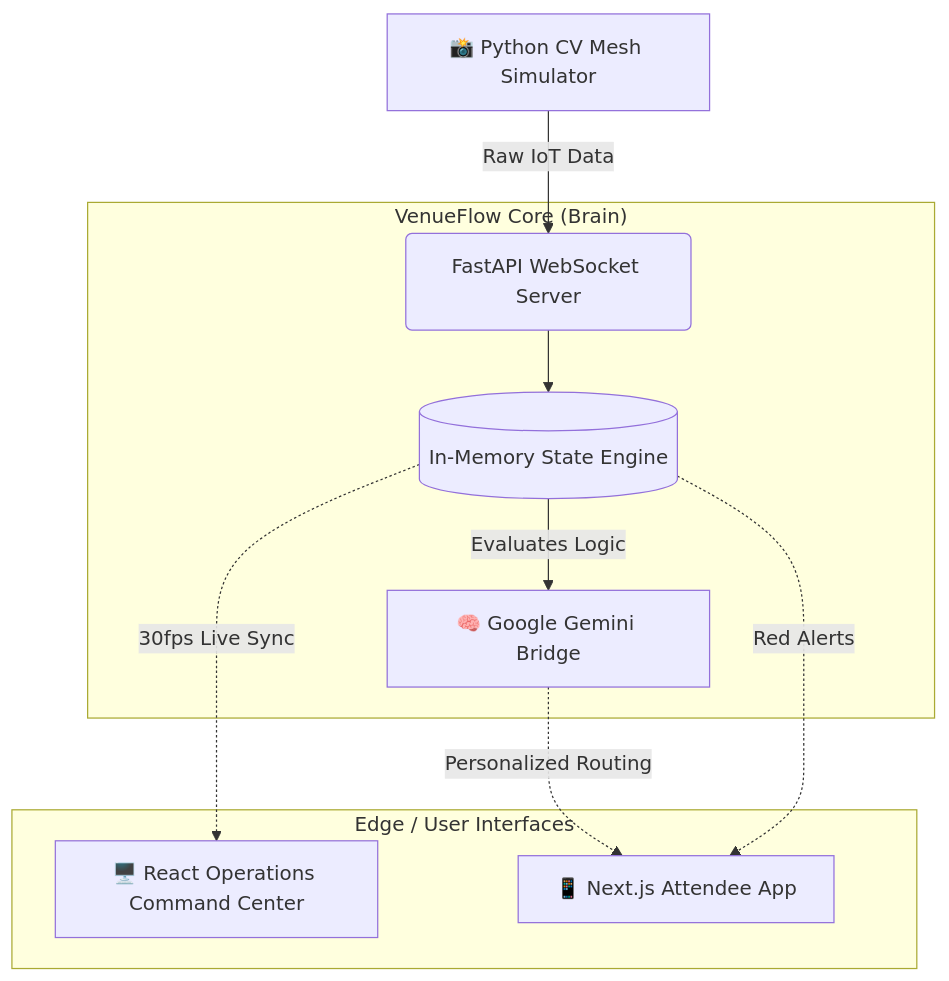
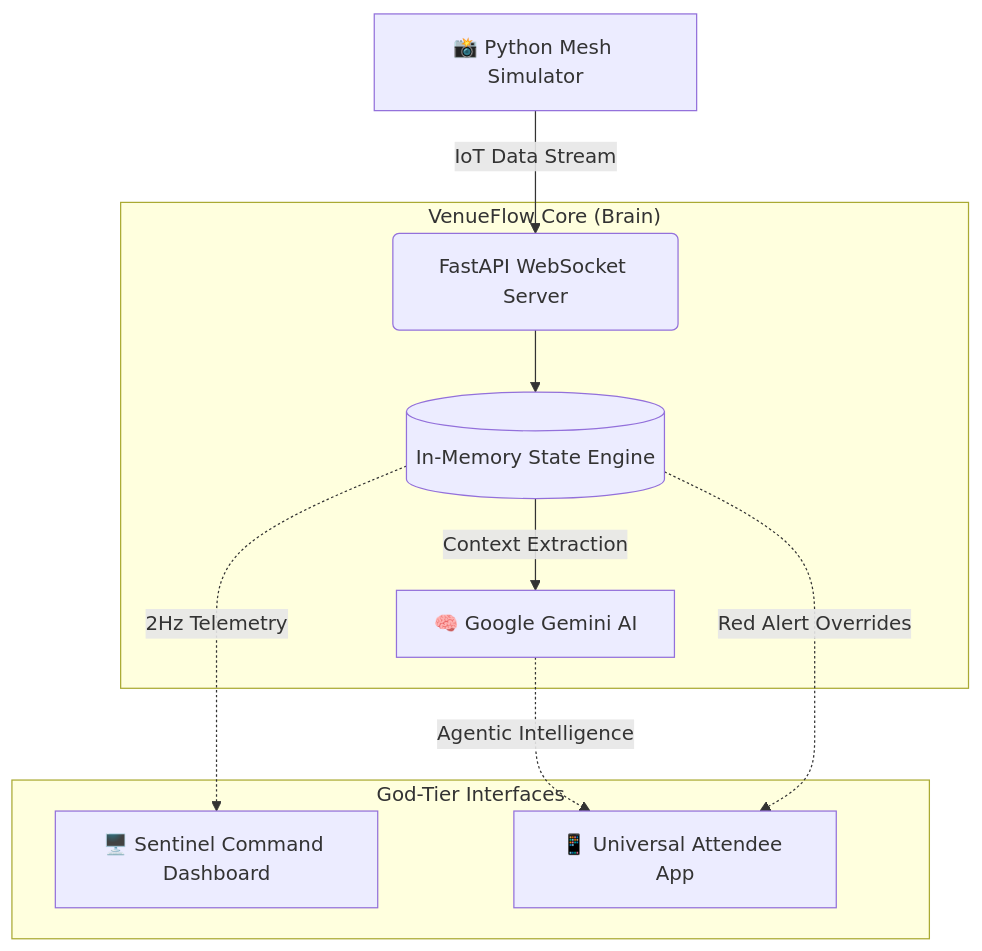
One commit to SivaPanyam/prompt-wars changed the diagram in README.md. Above: the diagram before and after it, drawn with Mermaid. The commit also changed other lines of this file, not shown here.

Commit message:
📝 Documentation: Premium God-Tier README overhaul with live demo guide

````diff
--- a/README.md
+++ b/README.md
@@ -41,18 +42,18 @@
 ```mermaid
 graph TD;
     %% Data Ingestion
-    CVScript[📸 Python CV Mesh Simulator] -->|Raw IoT Data| WSIngest(FastAPI WebSocket Server)
+    CVScript[📸 Python Mesh Simulator] -->|IoT Data Stream| WSIngest(FastAPI WebSocket Server)
     
     %% Core Operations
     subgraph "VenueFlow Core (Brain)"
         WSIngest --> StateManager[(In-Memory State Engine)]
-        StateManager -- Evaluates Logic --> LLMBridge[🧠 Google Gemini Bridge]
+        StateManager -- Context Extraction --> LLMBridge[🧠 Google Gemini AI]
     end
 
     %% Edge Outputs
-    subgraph "Edge / User Interfaces"
-        StateManager -. 30fps Live Sync .-> StaffDash[🖥️ React Operations Command Center]
-        LLMBridge -. Personalized Routing .-> AttendeeApp[📱 Next.js Attendee App]
-        StateManager -. Red Alerts .-> AttendeeApp
+    subgraph "God-Tier Interfaces"
+        StateManager -. 2Hz Telemetry .-> StaffDash[🖥️ Sentinel Command Dashboard]
+        LLMBridge -. Agentic Intelligence .-> AttendeeApp[📱 Universal Attendee App]
+        StateManager -. Red Alert Overrides .-> AttendeeApp
     end
 ```
````
